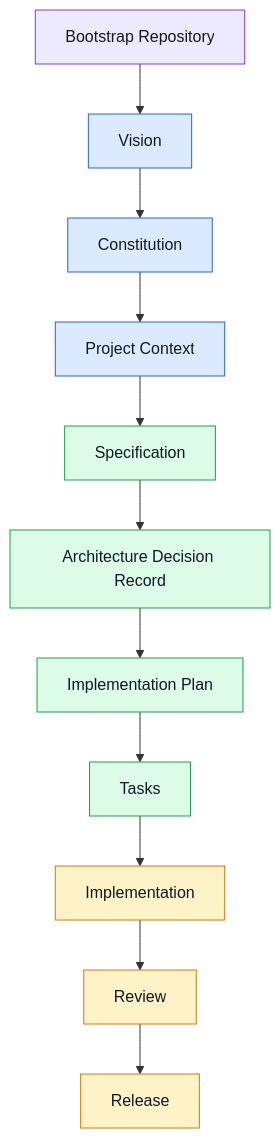
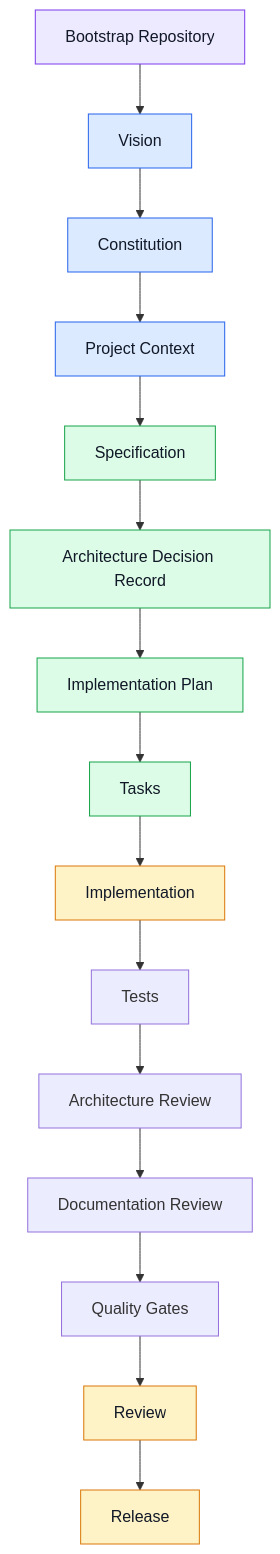
The diagram in README.md (darpbr/darp-cli), drawn with Mermaid before and after one commit. The commit also changed other lines of this file and 3 other files, not shown here.

````diff
--- a/README.md
+++ b/README.md
@@ -98,39 +110,47 @@
 ```mermaid
 flowchart TD
 
     B["Bootstrap Repository"]
 
     V["Vision"]
     C["Constitution"]
     PC["Project Context"]
 
     S["Specification"]
     ADR["Architecture Decision Record"]
     P["Implementation Plan"]
     T["Tasks"]
 
     I["Implementation"]
+    TST["Tests"]
+    AR["Architecture Review"]
+    DR["Documentation Review"]
+    QG["Quality Gates"]
     R["Review"]
     REL["Release"]
 
     B --> V
     V --> C
     C --> PC
     PC --> S
     S --> ADR
     ADR --> P
     P --> T
     T --> I
-    I --> R
+    I --> TST
+    TST --> AR
+    AR --> DR
+    DR --> QG
+    QG --> R
     R --> REL
 
     classDef bootstrap fill:#ede9fe,stroke:#7c3aed,color:#111827;
     classDef foundation fill:#dbeafe,stroke:#2563eb,color:#111827;
     classDef planning fill:#dcfce7,stroke:#16a34a,color:#111827;
     classDef execution fill:#fef3c7,stroke:#d97706,color:#111827;
 
     class B bootstrap;
     class V,C,PC foundation;
     class S,ADR,P,T planning;
     class I,R,REL execution;
 ```
````
